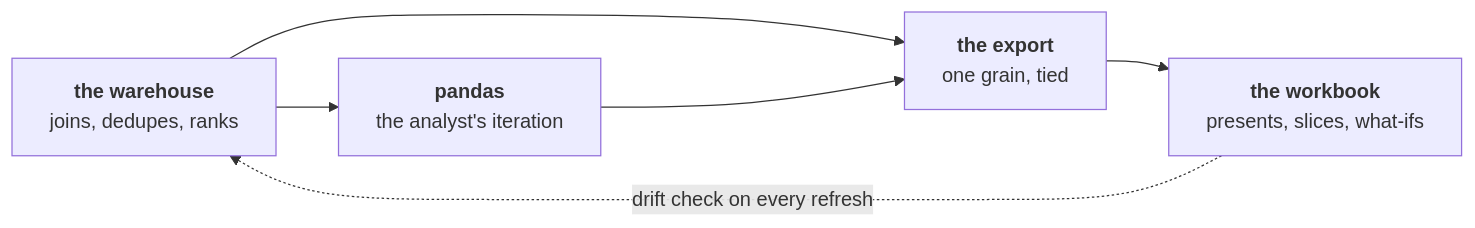
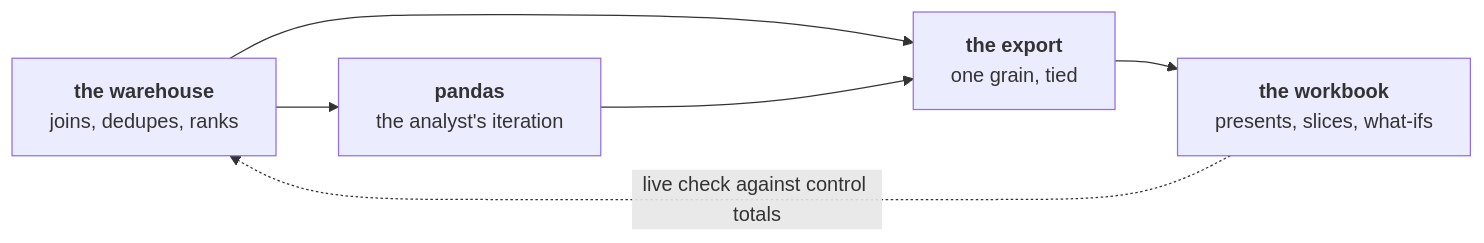
One commit to fde-academy-lab/c2-content-factory changed the sixth of 9 diagrams in content/W02/D5/whiteboards/C2_W02_D05_board_STUDENT.md. Above: the diagram before and after it, drawn with Mermaid. The commit also changed other lines of this file and 9 other files, not shown here.

````diff
--- a/content/W02/D5/whiteboards/C2_W02_D05_board_STUDENT.md
+++ b/content/W02/D5/whiteboards/C2_W02_D05_board_STUDENT.md
@@ -104,8 +112,8 @@
 ```mermaid
 flowchart LR
     W["<b>the warehouse</b><br/>joins, dedupes, ranks"] --> P["<b>pandas</b><br/>the analyst's iteration"]
     W --> X["<b>the export</b><br/>one grain, tied"]
     P --> X
     X --> E["<b>the workbook</b><br/>presents, slices, what-ifs"]
-    E -.->|"drift check on every refresh"| W
+    E -.->|"live check against control totals"| W
 ```
````
